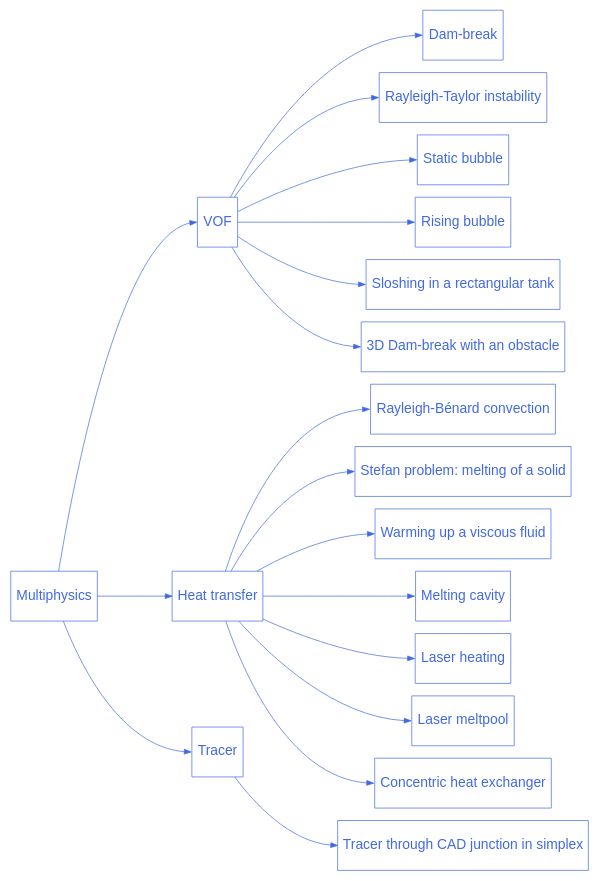
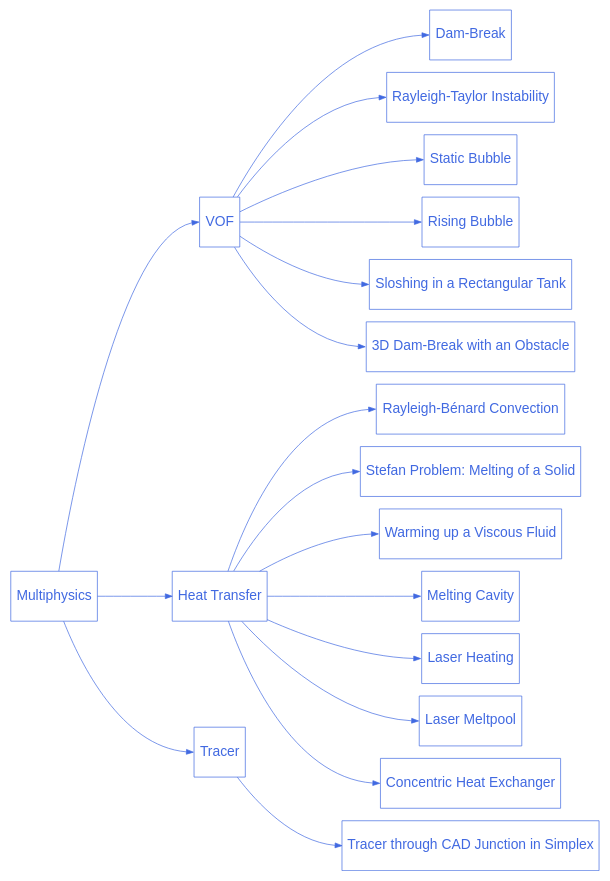
The diagram in doc/source/examples/multiphysics/multiphysics.rst (chaos-polymtl/lethe), drawn with Graphviz before and after one commit. The commit also changed 88 other files, not shown here.

```diff
--- a/doc/source/examples/multiphysics/multiphysics.rst
+++ b/doc/source/examples/multiphysics/multiphysics.rst
@@ -14,66 +14,66 @@
 .. graphviz:: 
 
     digraph multiphysics_diagram {
       graph [bgcolor="transparent", align=true, ranksep=1.5];
       node [fontname=Arial, fontsize=20, shape=box, fontcolor=royalblue, color=royalblue, height=1];
       edge [color=royalblue];
       rankdir="LR";
       size = "9,9";
 
       multiphysics [label="Multiphysics", href="https://lethe-cfd.github.io/lethe/examples/multiphysics/multiphysics.html"];
 
       multiphysics_1 [label="VOF", href="https://lethe-cfd.github.io/lethe/examples/multiphysics/vof.html"];  
 
-      multiphysics_1_1 [label="Dam-break", href="https://lethe-cfd.github.io/lethe/examples/multiphysics/dam-break/dam-break.html"];  
+      multiphysics_1_1 [label="Dam-Break", href="https://lethe-cfd.github.io/lethe/examples/multiphysics/dam-break/dam-break.html"];
 
-      multiphysics_1_2 [label="Rayleigh-Taylor instability", href="https://lethe-cfd.github.io/lethe/examples/multiphysics/rayleigh-taylor-instability/rayleigh-taylor-instability.html"];  
+      multiphysics_1_2 [label="Rayleigh-Taylor Instability", href="https://lethe-cfd.github.io/lethe/examples/multiphysics/rayleigh-taylor-instability/rayleigh-taylor-instability.html"];
 
-      multiphysics_1_3 [label="Static bubble", href="https://lethe-cfd.github.io/lethe/examples/multiphysics/static-bubble/static-bubble.html"];  
+      multiphysics_1_3 [label="Static Bubble", href="https://lethe-cfd.github.io/lethe/examples/multiphysics/static-bubble/static-bubble.html"];
 
-      multiphysics_1_4 [label="Rising bubble", href="https://lethe-cfd.github.io/lethe/examples/multiphysics/rising-bubble/rising-bubble.html"];  
+      multiphysics_1_4 [label="Rising Bubble", href="https://lethe-cfd.github.io/lethe/examples/multiphysics/rising-bubble/rising-bubble.html"];
 
-      multiphysics_1_5 [label="Sloshing in a rectangular tank", href="https://lethe-cfd.github.io/lethe/examples/multiphysics/sloshing-in-rectangular-tank/sloshing-in-rectangular-tank.html"];  
+      multiphysics_1_5 [label="Sloshing in a Rectangular Tank", href="https://lethe-cfd.github.io/lethe/examples/multiphysics/sloshing-in-rectangular-tank/sloshing-in-rectangular-tank.html"];
 
-      multiphysics_1_6 [label="3D Dam-break with an obstacle", href="https://lethe-cfd.github.io/lethe/examples/multiphysics/3d-dam-break/3d-dam-break.html"];  
+      multiphysics_1_6 [label="3D Dam-Break with an Obstacle", href="https://lethe-cfd.github.io/lethe/examples/multiphysics/3d-dam-break/3d-dam-break.html"];
 
-      multiphysics_2 [label="Heat transfer", href="https://lethe-cfd.github.io/lethe/examples/multiphysics/heat-transfer.html"];  
+      multiphysics_2 [label="Heat Transfer", href="https://lethe-cfd.github.io/lethe/examples/multiphysics/heat-transfer.html"];
 
-      multiphysics_2_1 [label="Rayleigh-Bénard convection", href="https://lethe-cfd.github.io/lethe/examples/multiphysics/rayleigh-benard-convection/rayleigh-benard-convection.html"]; 
+      multiphysics_2_1 [label="Rayleigh-Bénard Convection", href="https://lethe-cfd.github.io/lethe/examples/multiphysics/rayleigh-benard-convection/rayleigh-benard-convection.html"];
 
-      multiphysics_2_2 [label="Stefan problem: melting of a solid", href="https://lethe-cfd.github.io/lethe/examples/multiphysics/stefan-problem/stefan-problem.html"]; 
+      multiphysics_2_2 [label="Stefan Problem: Melting of a Solid", href="https://lethe-cfd.github.io/lethe/examples/multiphysics/stefan-problem/stefan-problem.html"];
 
-      multiphysics_2_3 [label="Warming up a viscous fluid", href="https://lethe-cfd.github.io/lethe/examples/multiphysics/warming-up-a-viscous-fluid/warming-up-a-viscous-fluid.html"]; 
+      multiphysics_2_3 [label="Warming up a Viscous Fluid", href="https://lethe-cfd.github.io/lethe/examples/multiphysics/warming-up-a-viscous-fluid/warming-up-a-viscous-fluid.html"];
 
-      multiphysics_2_4 [label="Melting cavity", href="https://lethe-cfd.github.io/lethe/examples/multiphysics/melting-cavity/melting-cavity.html"]; 
+      multiphysics_2_4 [label="Melting Cavity", href="https://lethe-cfd.github.io/lethe/examples/multiphysics/melting-cavity/melting-cavity.html"];
 
-      multiphysics_2_5 [label="Laser heating", href="https://lethe-cfd.github.io/lethe/examples/multiphysics/laser-heating/laser-heating.html"]; 
+      multiphysics_2_5 [label="Laser Heating", href="https://lethe-cfd.github.io/lethe/examples/multiphysics/laser-heating/laser-heating.html"];
 
-      multiphysics_2_6 [label="Laser meltpool", href="https://lethe-cfd.github.io/lethe/examples/multiphysics/laser-meltpool/laser-meltpool.html"]; 
+      multiphysics_2_6 [label="Laser Meltpool", href="https://lethe-cfd.github.io/lethe/examples/multiphysics/laser-meltpool/laser-meltpool.html"];
 
-      multiphysics_2_7 [label="Concentric heat exchanger", href="https://lethe-cfd.github.io/lethe/examples/multiphysics/concentric-heat-exchanger/concentric-heat-exchanger.html"]; 
+      multiphysics_2_7 [label="Concentric Heat Exchanger", href="https://lethe-cfd.github.io/lethe/examples/multiphysics/concentric-heat-exchanger/concentric-heat-exchanger.html"];
 
       multiphysics_3 [label="Tracer", href="https://lethe-cfd.github.io/lethe/examples/multiphysics/tracer.html"];  
 
-      multiphysics_3_1 [label="Tracer through CAD junction in simplex", href="https://lethe-cfd.github.io/lethe/examples/multiphysics/tracer-through-cad-junction/tracer-through-cad-junction.html"]; 
+      multiphysics_3_1 [label="Tracer through CAD Junction in Simplex", href="https://lethe-cfd.github.io/lethe/examples/multiphysics/tracer-through-cad-junction/tracer-through-cad-junction.html"];
 
       multiphysics -> multiphysics_1:w;
       multiphysics -> multiphysics_2:w;
       multiphysics -> multiphysics_3:w;
 
       multiphysics_1 -> multiphysics_1_1:w;
       multiphysics_1 -> multiphysics_1_2:w;
       multiphysics_1 -> multiphysics_1_3:w;
       multiphysics_1 -> multiphysics_1_4:w;
       multiphysics_1 -> multiphysics_1_5:w;
       multiphysics_1 -> multiphysics_1_6:w;
 
       multiphysics_2 -> multiphysics_2_1:w;
       multiphysics_2 -> multiphysics_2_2:w;
       multiphysics_2 -> multiphysics_2_3:w;
       multiphysics_2 -> multiphysics_2_4:w;
       multiphysics_2 -> multiphysics_2_5:w;
       multiphysics_2 -> multiphysics_2_6:w;
       multiphysics_2 -> multiphysics_2_7:w;
 
       multiphysics_3 -> multiphysics_3_1:w;
     }
```
